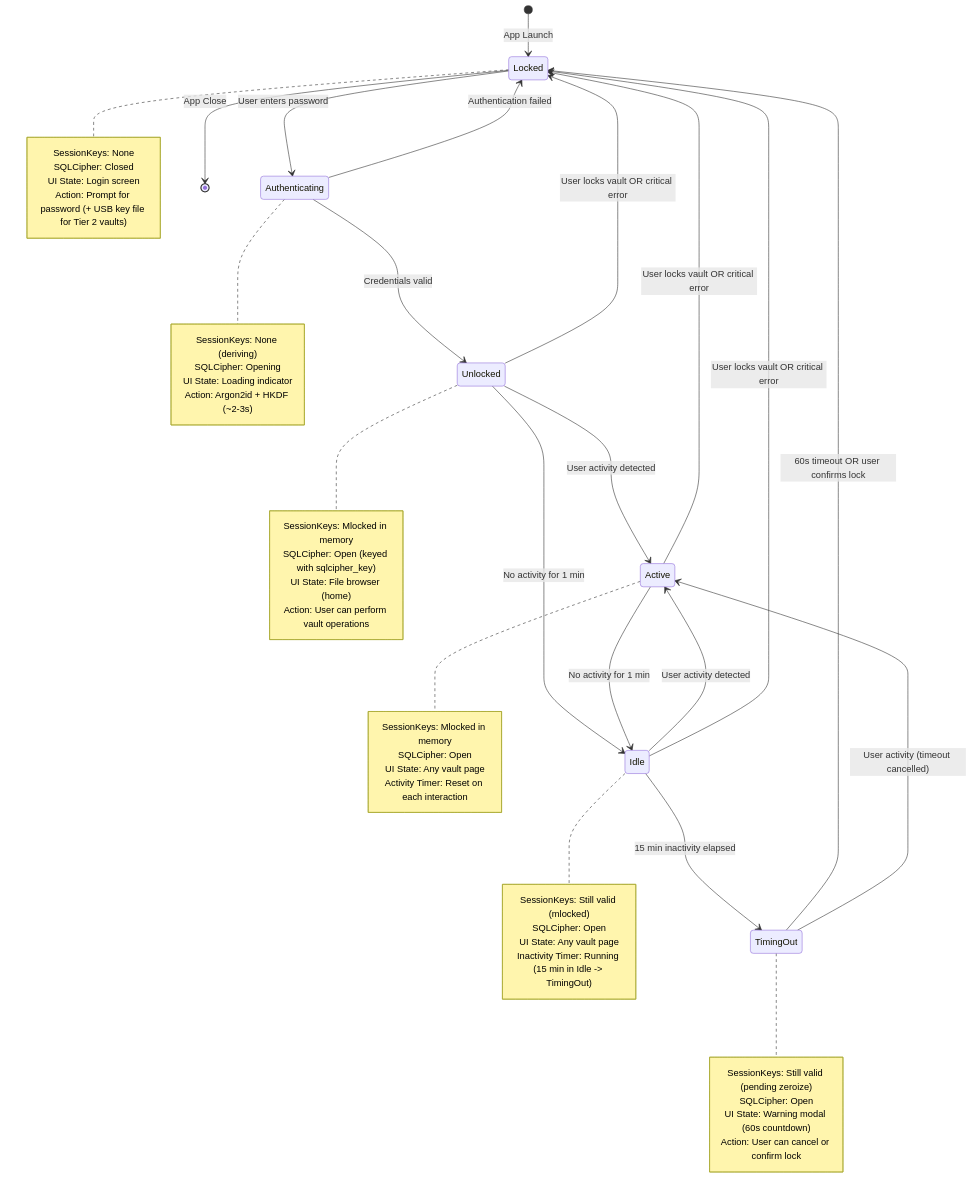
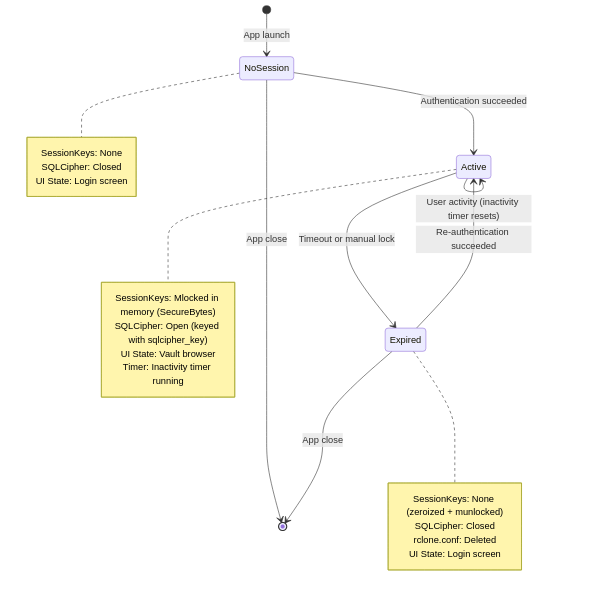
One commit to salgaard/arx-runa changed the diagram in docs/architecture/designs/tauri-ipc-and-frontend/diagrams/session-state-machine.md. Above: the diagram before and after it, drawn with Mermaid. The commit also changed other lines of this file and 3 other files, not shown here.

````diff
--- a/docs/architecture/designs/tauri-ipc-and-frontend/diagrams/session-state-machine.md
+++ b/docs/architecture/designs/tauri-ipc-and-frontend/diagrams/session-state-machine.md
@@ -6,66 +5,32 @@
 ```mermaid
 stateDiagram-v2
-    [*] --> Locked: App Launch
-    
-    Locked --> Authenticating: User enters password
-    Authenticating --> Unlocked: Credentials valid
-    Authenticating --> Locked: Authentication failed
-    
-    Unlocked --> Active: User activity detected
-    Unlocked --> Idle: No activity for 1 min
-    
-    Active --> Idle: No activity for 1 min
-    Idle --> Active: User activity detected
-    Idle --> TimingOut: 15 min inactivity elapsed
-    
-    TimingOut --> Locked: 60s timeout OR user confirms lock
-    TimingOut --> Active: User activity (timeout cancelled)
-    
-    Unlocked --> Locked: User locks vault OR critical error
-    Active --> Locked: User locks vault OR critical error
-    Idle --> Locked: User locks vault OR critical error
-    
-    Locked --> [*]: App Close
-    
-    note right of Locked
+    [*] --> NoSession: App launch
+
+    NoSession --> Active: Authentication succeeded
+    Active --> Active: User activity (inactivity timer resets)
+    Active --> Expired: Timeout or manual lock
+    Expired --> Active: Re-authentication succeeded
+
+    NoSession --> [*]: App close
+    Expired --> [*]: App close
+
+    note right of NoSession
         SessionKeys: None
         SQLCipher: Closed
         UI State: Login screen
-        Action: Prompt for password (+ USB key file for Tier 2 vaults)
     end note
-    
-    note right of Authenticating
-        SessionKeys: None (deriving)
-        SQLCipher: Opening
-        UI State: Loading indicator
-        Action: Argon2id + HKDF (~2-3s)
+
+    note right of Active
+        SessionKeys: Mlocked in memory (SecureBytes)
+        SQLCipher: Open (keyed with sqlcipher_key)
+        UI State: Vault browser
+        Timer: Inactivity timer running
     end note
-    
-    note right of Unlocked
-        SessionKeys: Mlocked in memory
-        SQLCipher: Open (keyed with sqlcipher_key)
-        UI State: File browser (home)
-        Action: User can perform vault operations
-    end note
-    
-    note right of Active
-        SessionKeys: Mlocked in memory
-        SQLCipher: Open
-        UI State: Any vault page
-        Activity Timer: Reset on each interaction
-    end note
-    
-    note right of Idle
-        SessionKeys: Still valid (mlocked)
-        SQLCipher: Open
-        UI State: Any vault page
-        Inactivity Timer: Running (15 min in Idle #45;#62; TimingOut)
-    end note
-    
-    note right of TimingOut
-        SessionKeys: Still valid (pending zeroize)
-        SQLCipher: Open
-        UI State: Warning modal (60s countdown)
-        Action: User can cancel or confirm lock
+
+    note right of Expired
+        SessionKeys: None (zeroized + munlocked)
+        SQLCipher: Closed
+        rclone.conf: Deleted
+        UI State: Login screen
     end note
 ```
````
